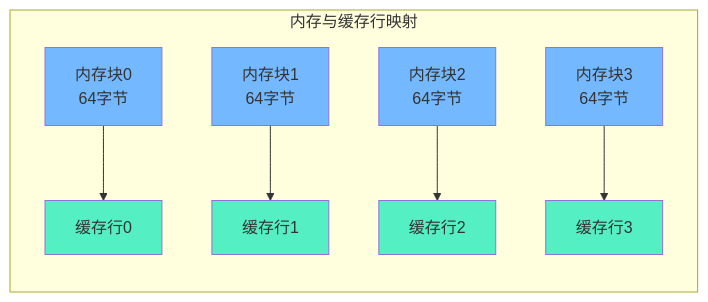
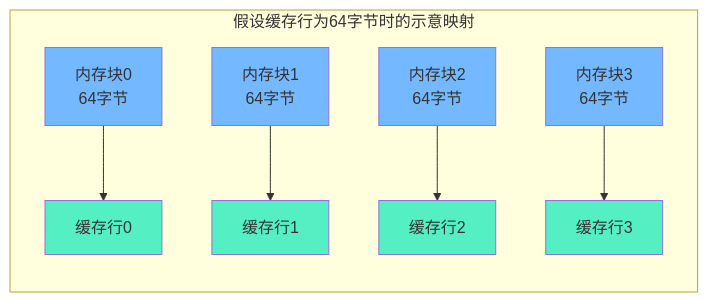
The second of 7 diagrams in week_04/day_26/README.md (mlbo/cpp_learning), drawn with Mermaid before and after one commit. The commit also changed other lines of this file and 675 other files, not shown here.

````diff
--- a/week_04/day_26/README.md
+++ b/week_04/day_26/README.md
@@ -45,18 +47,18 @@
 ```mermaid
 graph LR
-    subgraph "内存与缓存行映射"
+    subgraph "假设缓存行为64字节时的示意映射"
     M1["内存块0<br/>64字节"] --> C1[缓存行0]
     M2["内存块1<br/>64字节"] --> C2[缓存行1]
     M3["内存块2<br/>64字节"] --> C3[缓存行2]
     M4["内存块3<br/>64字节"] --> C4[缓存行3]
     end
     
     style M1 fill:#74b9ff
     style M2 fill:#74b9ff
     style M3 fill:#74b9ff
     style M4 fill:#74b9ff
     style C1 fill:#55efc4
     style C2 fill:#55efc4
     style C3 fill:#55efc4
     style C4 fill:#55efc4
 ```
````
